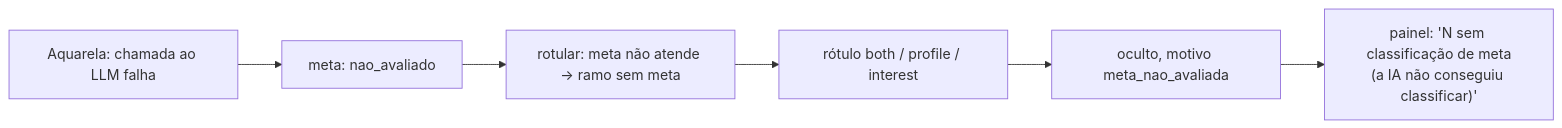
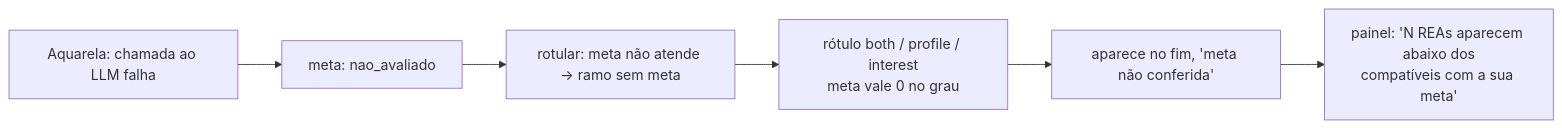
One commit to razimbrao/sis-read changed diagram 25 of 25 in docs/fluxos-transparencia.md. Above: the diagram before and after it, drawn with Mermaid. The commit also changed other lines of this file and 23 other files, not shown here.

First line of the commit message:
Ordena a lista pelo grau de recomendação, sem prioridade por repositório

````diff
--- a/docs/fluxos-transparencia.md
+++ b/docs/fluxos-transparencia.md
@@ -748,8 +748,8 @@
 ```mermaid
 flowchart LR
     A["Aquarela: chamada ao LLM falha"] --> B["meta: nao_avaliado"]
     B --> C["rotular: meta não atende → ramo sem meta"]
-    C --> D["rótulo both / profile / interest"]
-    D --> E["oculto, motivo meta_nao_avaliada"]
-    E --> F["painel: 'N sem classificação de meta<br/>(a IA não conseguiu classificar)'"]
+    C --> D["rótulo both / profile / interest<br/>meta vale 0 no grau"]
+    D --> E["aparece no fim, 'meta não conferida'"]
+    E --> F["painel: 'N REAs aparecem abaixo dos<br/>compatíveis com a sua meta'"]
 ```
````
